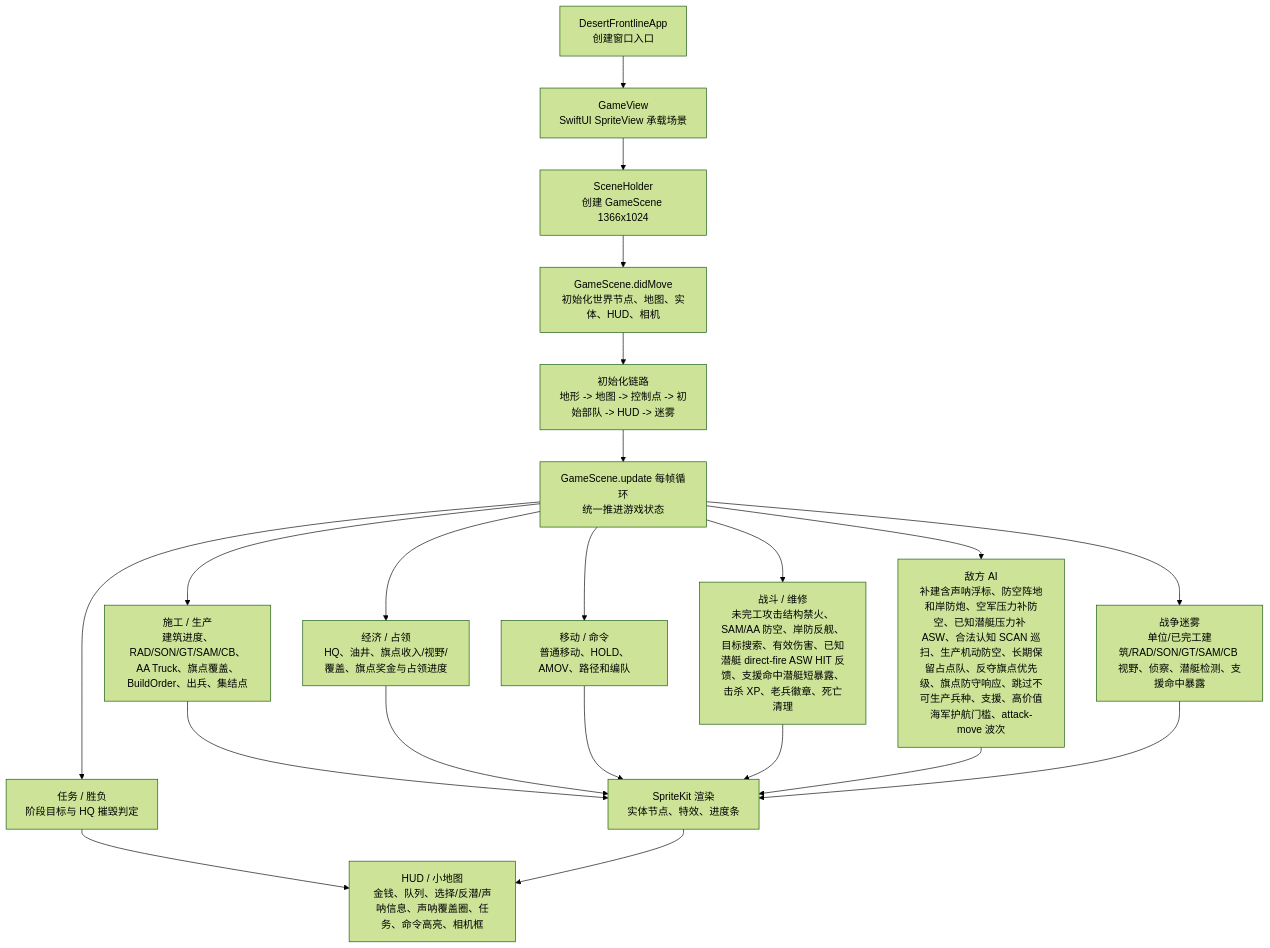
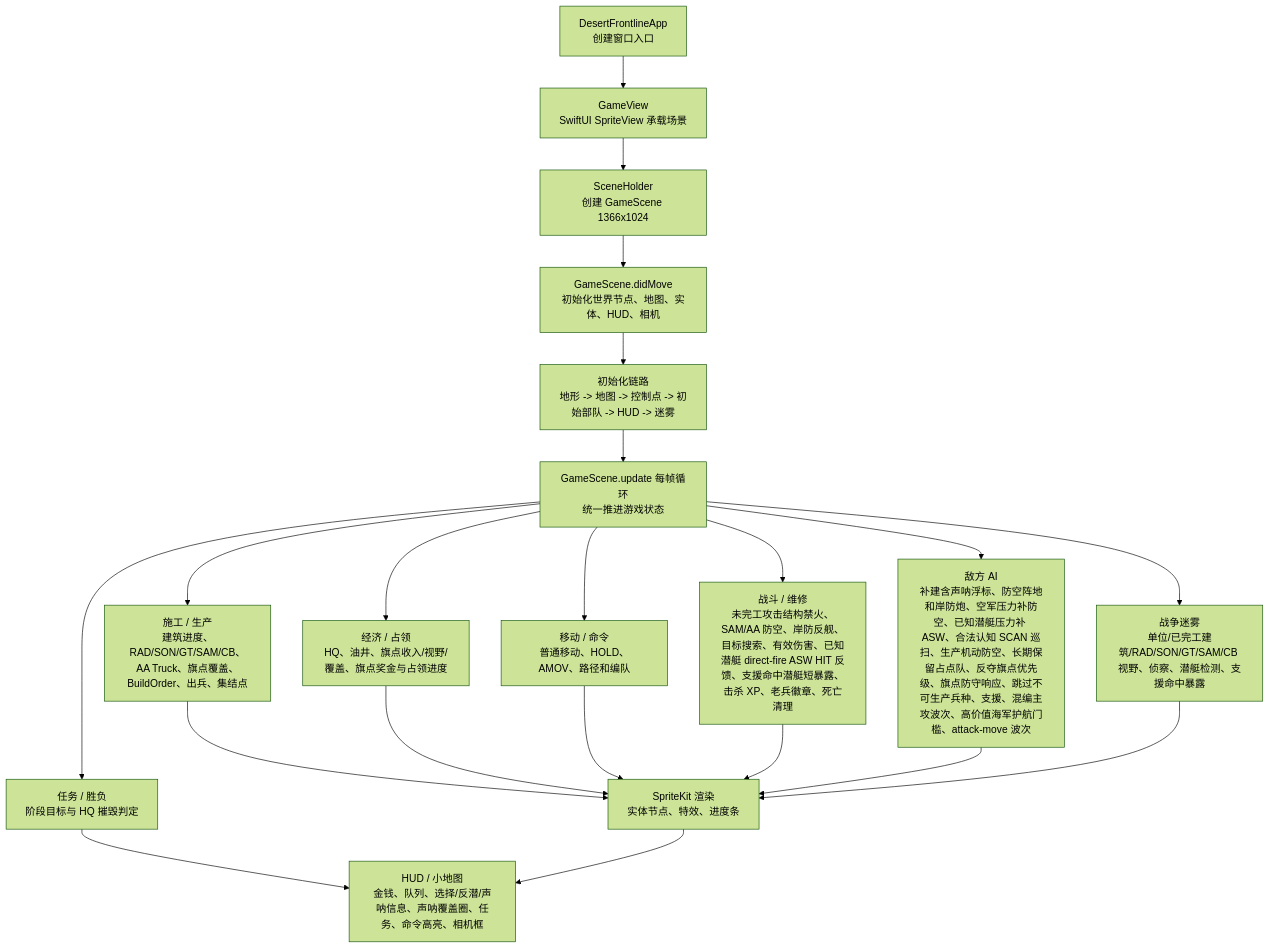
Before and after one commit to Altman-sam114/1145: the first of 3 diagrams in md/flow/flowchart.md, drawn with Mermaid (forest theme). The commit also changed 4 other files, not shown here.

````diff
--- a/md/flow/flowchart.md
+++ b/md/flow/flowchart.md
@@ -9,23 +9,23 @@
 ```mermaid
 flowchart TD
   App["DesertFrontlineApp\n创建窗口入口"] --> View["GameView\nSwiftUI SpriteView 承载场景"]
   View --> Holder["SceneHolder\n创建 GameScene 1366x1024"]
   Holder --> Scene["GameScene.didMove\n初始化世界节点、地图、实体、HUD、相机"]
   Scene --> Init["初始化链路\n地形 -> 地图 -> 控制点 -> 初始部队 -> HUD -> 迷雾"]
   Init --> Loop["GameScene.update 每帧循环\n统一推进游戏状态"]
   Loop --> Build["施工 / 生产\n建筑进度、RAD/SON/GT/SAM/CB、AA Truck、旗点覆盖、BuildOrder、出兵、集结点"]
   Loop --> Economy["经济 / 占领\nHQ、油井、旗点收入/视野/覆盖、旗点奖金与占领进度"]
   Loop --> Commands["移动 / 命令\n普通移动、HOLD、AMOV、路径和编队"]
   Loop --> Combat["战斗 / 维修\n未完工攻击结构禁火、SAM/AA 防空、岸防反舰、目标搜索、有效伤害、已知潜艇 direct-fire ASW HIT 反馈、支援命中潜艇短暴露、击杀 XP、老兵徽章、死亡清理"]
-  Loop --> AI["敌方 AI\n补建含声呐浮标、防空阵地和岸防炮、空军压力补防空、已知潜艇压力补 ASW、合法认知 SCAN 巡扫、生产机动防空、长期保留占点队、反夺旗点优先级、旗点防守响应、跳过不可生产兵种、支援、高价值海军护航门槛、attack-move 波次"]
+  Loop --> AI["敌方 AI\n补建含声呐浮标、防空阵地和岸防炮、空军压力补防空、已知潜艇压力补 ASW、合法认知 SCAN 巡扫、生产机动防空、长期保留占点队、反夺旗点优先级、旗点防守响应、跳过不可生产兵种、支援、混编主攻波次、高价值海军护航门槛、attack-move 波次"]
   Loop --> Fog["战争迷雾\n单位/已完工建筑/RAD/SON/GT/SAM/CB 视野、侦察、潜艇检测、支援命中暴露"]
   Loop --> Mission["任务 / 胜负\n阶段目标与 HQ 摧毁判定"]
   Build --> Render["SpriteKit 渲染\n实体节点、特效、进度条"]
   Economy --> Render
   Commands --> Render
   Combat --> Render
   AI --> Render
   Fog --> Render
   Mission --> HUD["HUD / 小地图\n金钱、队列、选择/反潜/声呐信息、声呐覆盖圈、任务、命令高亮、相机框"]
   Render --> HUD
 ```
````
